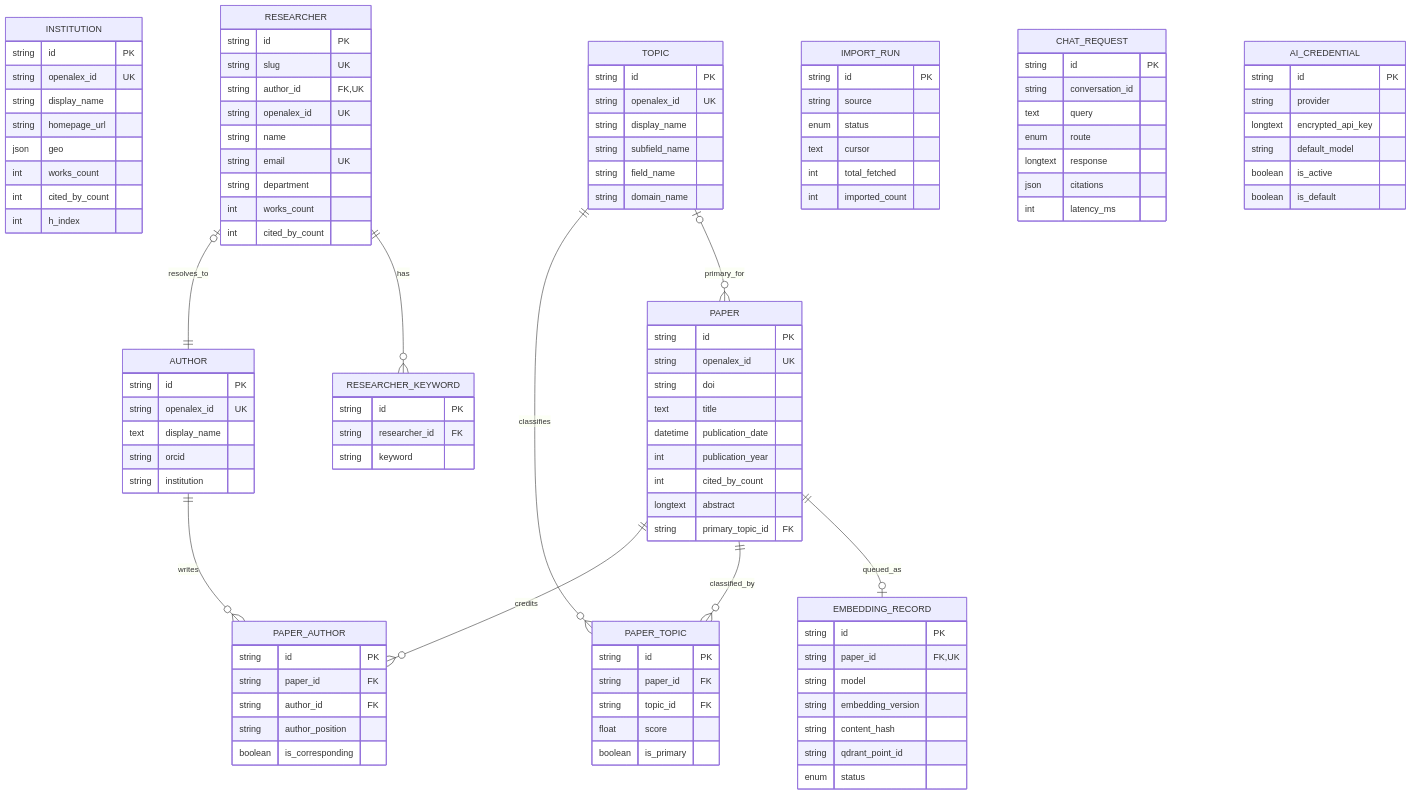
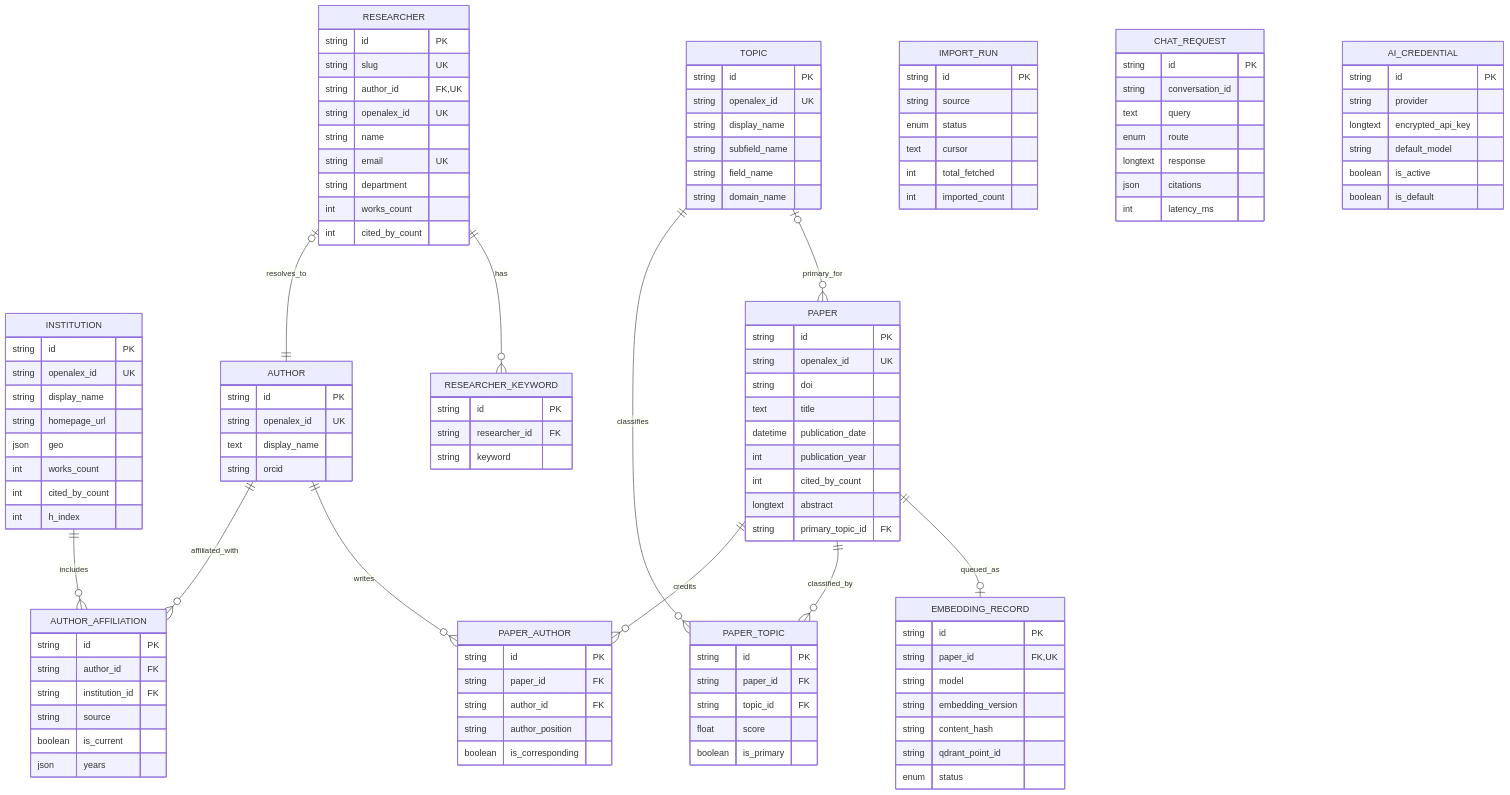
One commit to levanduc1907/research-portal changed the third of 13 diagrams in docs/system-architecture.md. Above: the diagram before and after it, drawn with Mermaid. The commit also changed other lines of this file, not shown here.

Commit message:
docs: update database and ingestion diagrams

```diff
--- a/docs/system-architecture.md
+++ b/docs/system-architecture.md
@@ -266,7 +267,15 @@
         string openalex_id UK
         text display_name
         string orcid
-        string institution
+    }
+
+    AUTHOR_AFFILIATION {
+        string id PK
+        string author_id FK
+        string institution_id FK
+        string source
+        boolean is_current
+        json years
     }
 
     PAPER {
@@ -352,6 +361,8 @@
 
     RESEARCHER o|--|| AUTHOR : resolves_to
     RESEARCHER ||--o{ RESEARCHER_KEYWORD : has
+    AUTHOR ||--o{ AUTHOR_AFFILIATION : affiliated_with
+    INSTITUTION ||--o{ AUTHOR_AFFILIATION : includes
     AUTHOR ||--o{ PAPER_AUTHOR : writes
     PAPER ||--o{ PAPER_AUTHOR : credits
     PAPER ||--o{ PAPER_TOPIC : classified_by
```
